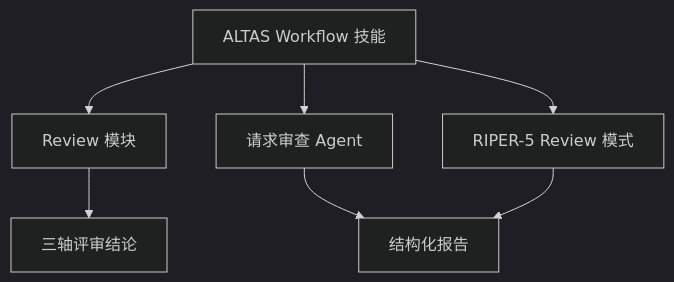
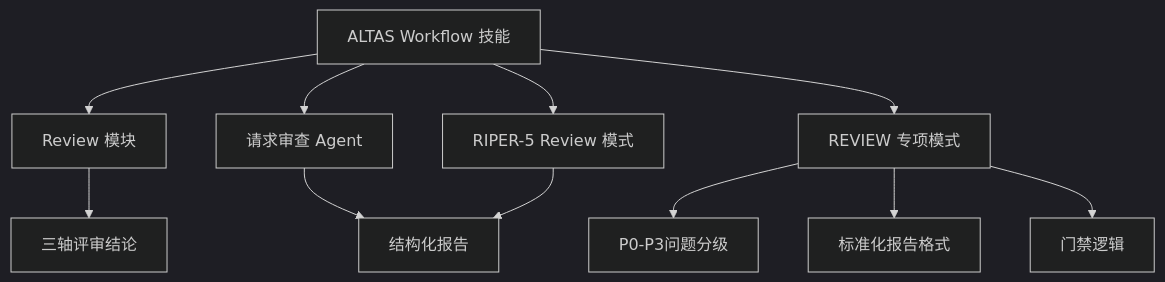
The seventh of 7 diagrams in .qoder/repowiki/zh/content/超级能力模块/代码审查流程.md (AngelWings1997/altas), drawn with Mermaid (dark theme) before and after one commit. The commit also changed other lines of this file and 2 other files, not shown here.

````diff
--- a/.qoder/repowiki/zh/content/超级能力模块/代码审查流程.md
+++ b/.qoder/repowiki/zh/content/超级能力模块/代码审查流程.md
@@ -261,9 +367,13 @@
 ```mermaid
 graph TB
 WF["ALTAS Workflow 技能"] --> RM["Review 模块"]
 WF --> RA["请求审查 Agent"]
+WF --> REV["REVIEW 专项模式"]
 RA --> OUT["结构化报告"]
 RM --> CONC["三轴评审结论"]
+REV --> PLEVEL["P0-P3问题分级"]
+REV --> REPORT["标准化报告格式"]
+REV --> GATES["门禁逻辑"]
 WF --> PROT["RIPER-5 Review 模式"]
 PROT --> OUT
 ```
````
